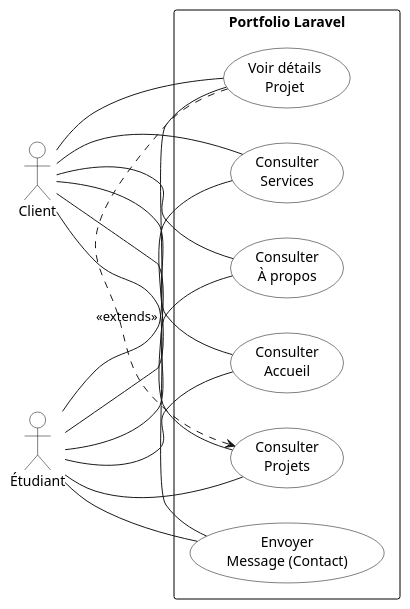
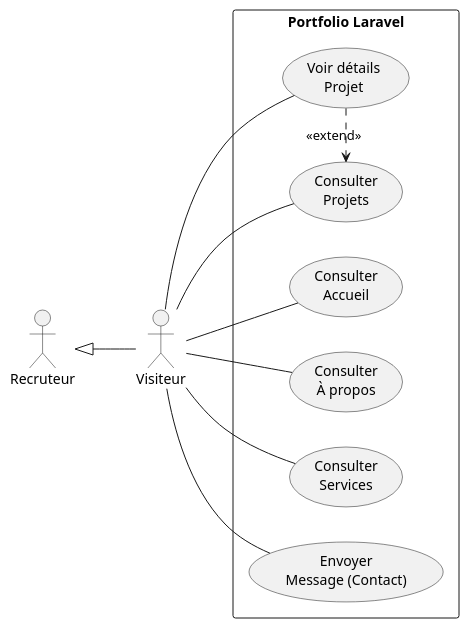
The diagram in analyse/diagram.puml (abdelhaymallouli/Portfolio-mallouli-abdelhay), drawn with PlantUML before and after one commit.

```diff
--- a/analyse/diagram.puml
+++ b/analyse/diagram.puml
@@ -1,45 +1,27 @@
 @startuml
 left to right direction
 skinparam packageStyle rectangle
-skinparam usecase {
-  BackgroundColor White
-  BorderColor Black
-}
-skinparam actor {
-  BackgroundColor White
-  BorderColor Black
-}
-skinparam rectangle {
-  BorderColor Black
+
+actor "Visiteur" as Visitor
+actor "Recruteur" as Recruiter
+Recruiter <|-- Visitor
+
+rectangle "Portfolio Laravel" {
+  usecase "Consulter\nAccueil" as UC_Home
+  usecase "Consulter\nÀ propos" as UC_About
+  usecase "Consulter\nProjets" as UC_Projects
+  usecase "Voir détails\nProjet" as UC_ProjectDetails
+  usecase "Consulter\nServices" as UC_Services
+  usecase "Envoyer\nMessage (Contact)" as UC_Contact
 }
 
-actor "Client" as C
-actor "Étudiant" as S
+Visitor -- UC_Home
+Visitor -- UC_About
+Visitor -- UC_Projects
+Visitor -- UC_ProjectDetails
+Visitor -- UC_Services
+Visitor -- UC_Contact
 
-rectangle "Portfolio Laravel" {
-  usecase "Consulter\nAccueil" as UC1
-  usecase "Consulter\nÀ propos" as UC2
-  usecase "Consulter\nProjets" as UC3
-  usecase "Voir détails\nProjet" as UC4
-  usecase "Consulter\nServices" as UC5
-  usecase "Envoyer\nMessage (Contact)" as UC6
-}
-
-C -- UC1
-C -- UC2
-C -- UC3
-C -- UC4
-C -- UC5
-C -- UC6
-
-S -- UC1
-S -- UC2
-S -- UC3
-S -- UC4
-S -- UC5
-S -- UC6
-
-' Relation de dépendance (optionnelle)
-UC4 .> UC3 : <<extends>>
-
+' Optionnel : relations de dépendance/extension
+UC_ProjectDetails .> UC_Projects : <<extend>>
 @enduml
```
